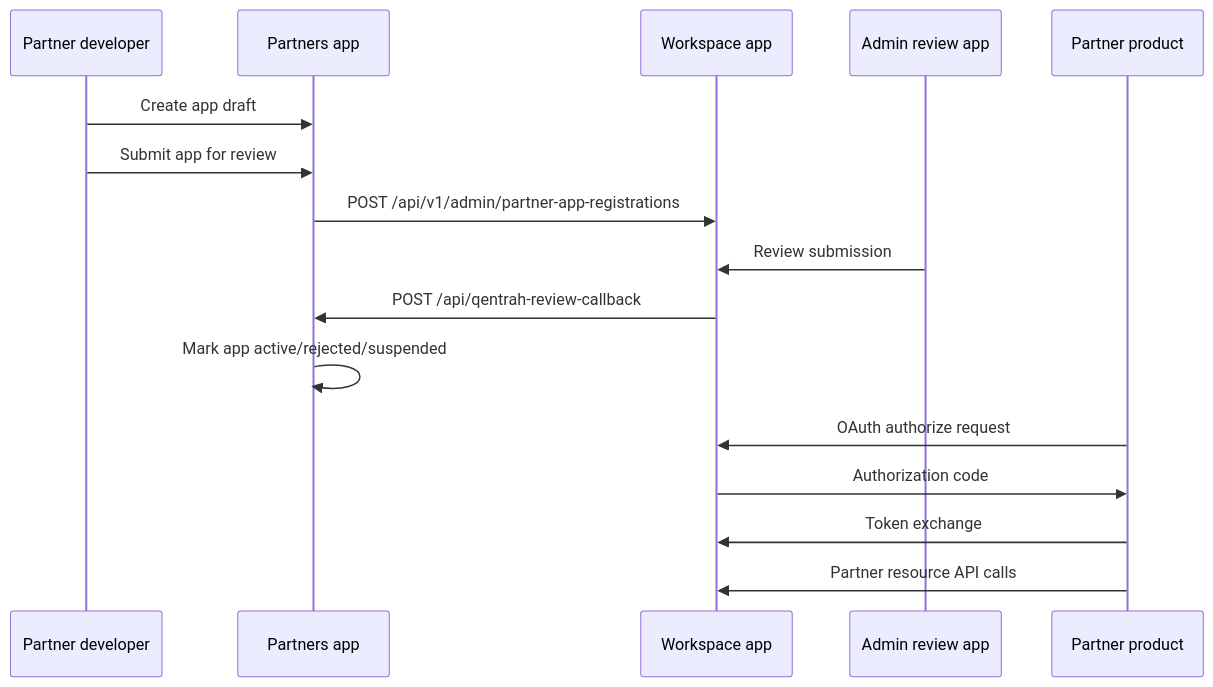
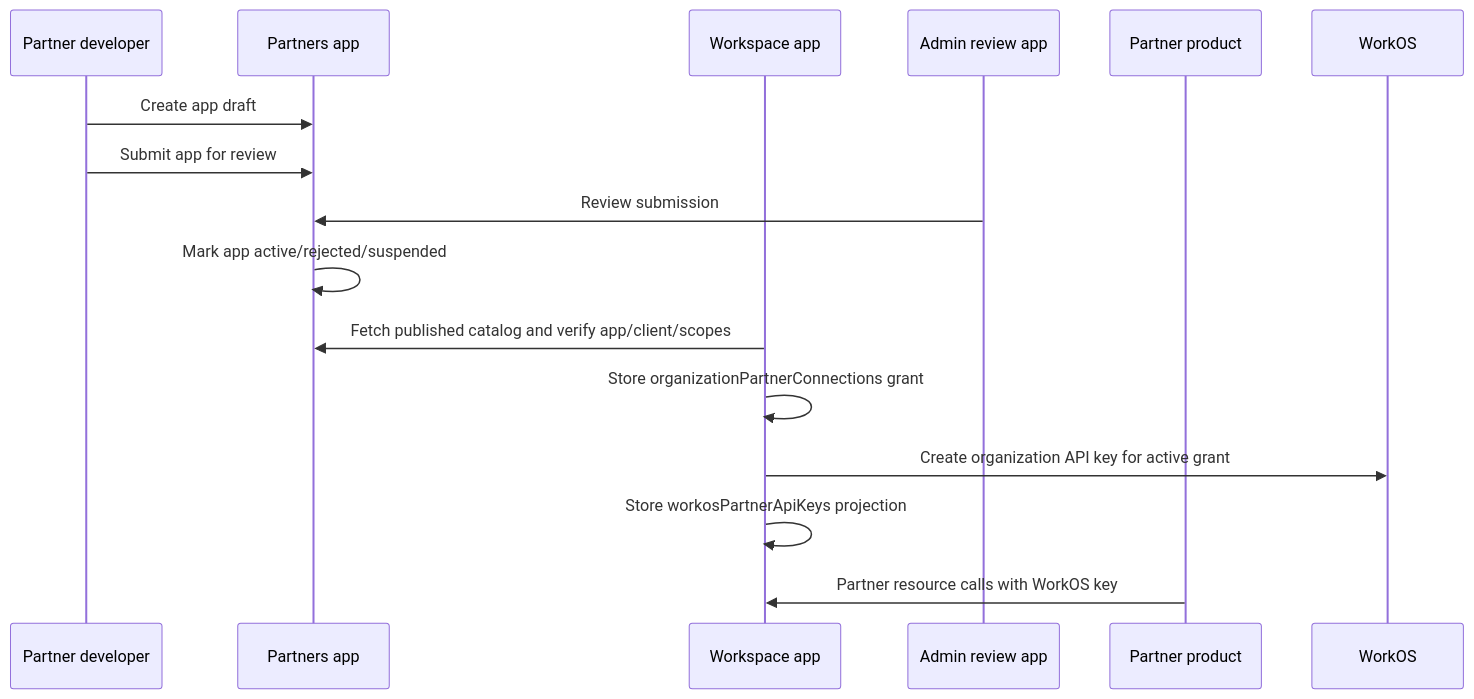
One commit to Up-to-code/ai-p1 changed the diagram in docs/operations/setup-and-configuration.md. Above: the diagram before and after it, drawn with Mermaid. The commit also changed other lines of this file and 392 other files, not shown here.

Commit message:
Update WorkOS auth and workspace flows

````diff
--- a/docs/operations/setup-and-configuration.md
+++ b/docs/operations/setup-and-configuration.md
@@ -91,19 +91,18 @@
 ```mermaid
 sequenceDiagram
   participant Dev as Partner developer
   participant Partners as Partners app
   participant Workspace as Workspace app
   participant Admin as Admin review app
   participant Partner as Partner product
 
   Dev->>Partners: Create app draft
   Dev->>Partners: Submit app for review
-  Partners->>Workspace: POST /api/v1/admin/partner-app-registrations
-  Admin->>Workspace: Review submission
-  Workspace->>Partners: POST /api/qentrah-review-callback
+  Admin->>Partners: Review submission
   Partners->>Partners: Mark app active/rejected/suspended
-  Partner->>Workspace: OAuth authorize request
-  Workspace->>Partner: Authorization code
-  Partner->>Workspace: Token exchange
-  Partner->>Workspace: Partner resource API calls
+  Workspace->>Partners: Fetch published catalog and verify app/client/scopes
+  Workspace->>Workspace: Store organizationPartnerConnections grant
+  Workspace->>WorkOS: Create organization API key for active grant
+  Workspace->>Workspace: Store workosPartnerApiKeys projection
+  Partner->>Workspace: Partner resource calls with WorkOS key
 ```
````
